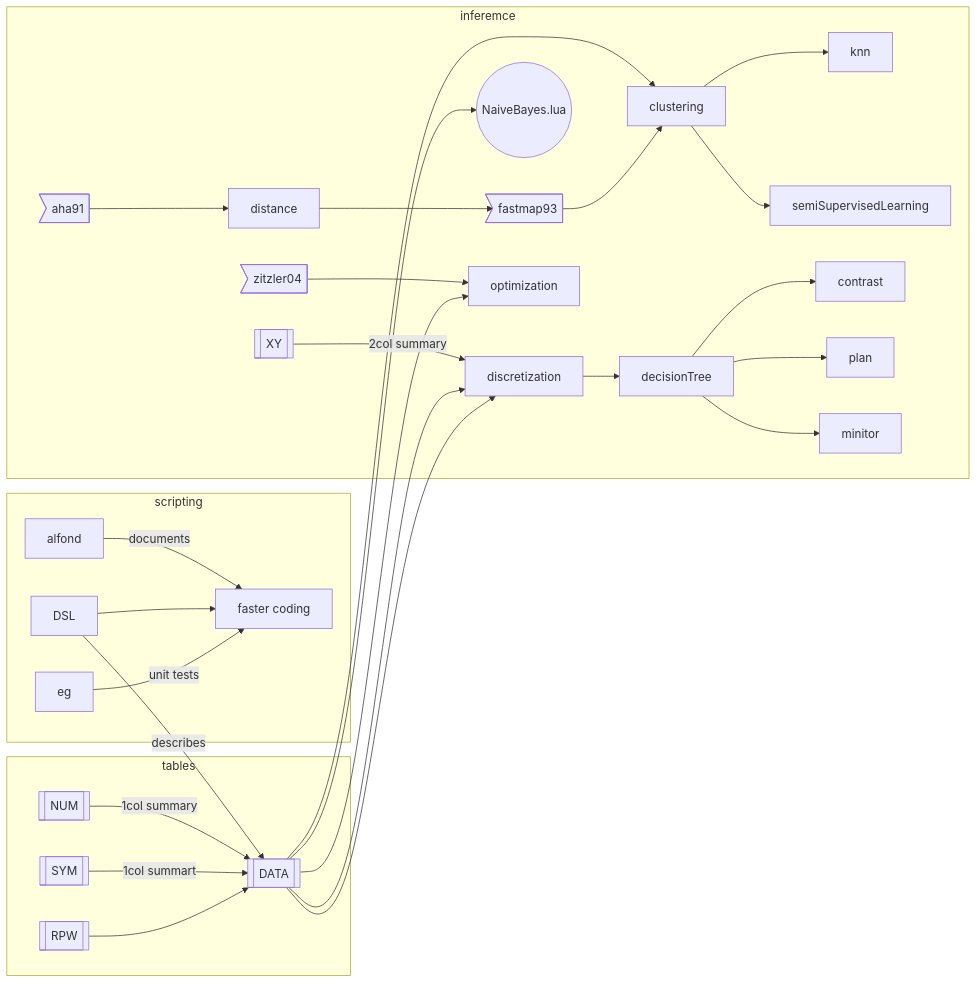
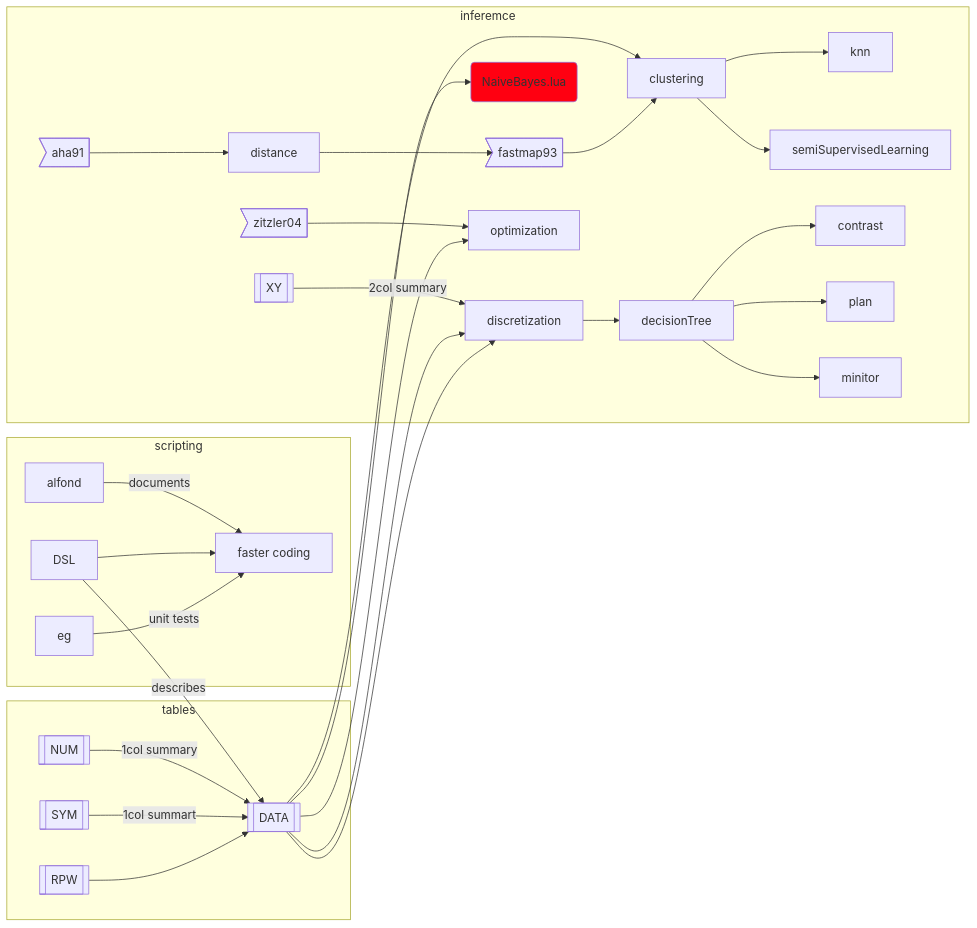
Before and after one commit to timm/tested: the diagram in README.md, drawn with Mermaid.

````diff
--- a/README.md
+++ b/README.md
@@ -24,39 +24,40 @@
 ```mermaid
 graph LR;
     subgraph scripting
        C[faster coding];
        alfond-- documents --> C;
        DSL-->C;
        eg-- unit tests -->C;
     end
        DSL-- describes -->D;
 
     subgraph tables
       R[[RPW]];
       D[[DATA]];
       S[[SYM]];
       N[[NUM]];
   N-- 1col summary -->D;
 	   S-- 1col summart -->D;
 	    R-->D;
 
     end
 
     subgraph inferemce
       XY[[XY]];
 	    XY-- 2col summary -->discretization -->decisionTree;
 	  	    D-->discretization;
-	  	    D-->nb((NaiveBayes.lua));
+	  	    D-->nb(NaiveBayes.lua);
 	  	    D-->clustering;
+          style nb fill:#f01 
       f>fastmap93]
 	    a>aha91]-->distance-->f--> clustering;
 	    clustering-->knn;
 	    clustering-->semiSupervisedLearning;
 	    z>zitzler04]-->optimization;
 	    D-->optimization;
 	    D-->discretization 
 	    decisionTree-->contrast;
 	    decisionTree-->plan;
 	    decisionTree-->minitor;
     end
 ```
````
